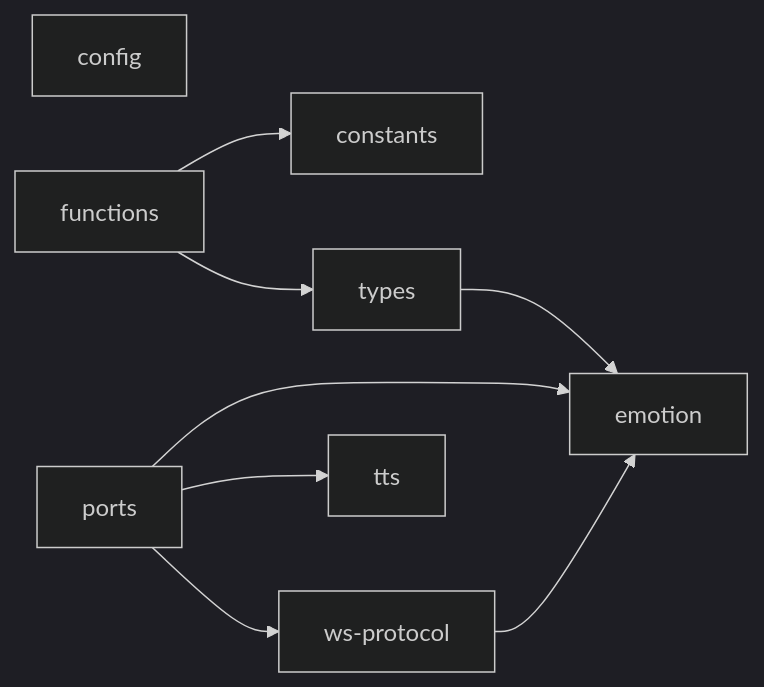
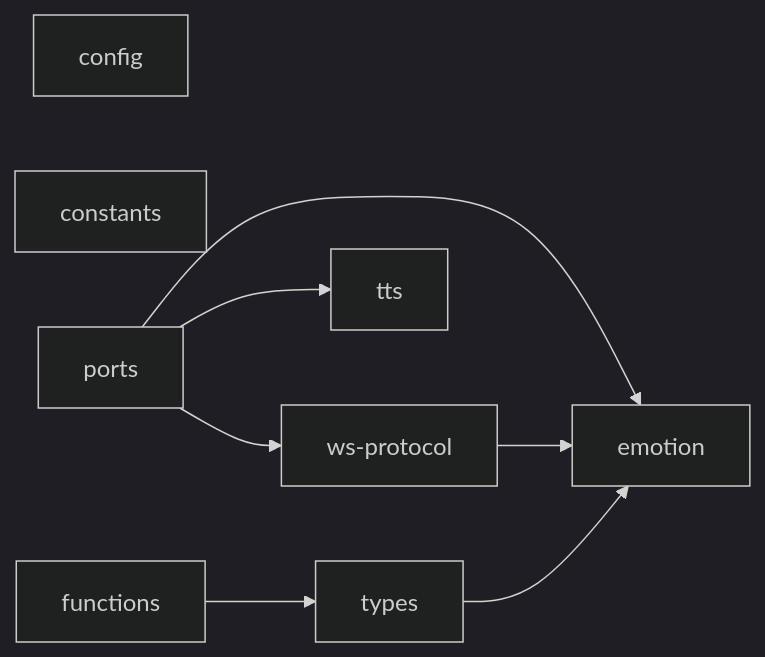
Before and after one commit to OJII3/vicissitude: the diagram in packages/shared/DEPS.md, drawn with Mermaid (dark theme). The commit also changed other lines of this file and 17 other files, not shown here.

````diff
--- a/packages/shared/DEPS.md
+++ b/packages/shared/DEPS.md
@@ -7,14 +7,13 @@
 ```mermaid
 graph LR
   config
   constants
   emotion
-  functions --> constants
   functions --> types
   ports --> emotion
   ports --> tts
   ports --> ws_protocol["ws-protocol"]
   tts
   types --> emotion
   ws_protocol["ws-protocol"] --> emotion
 ```
````
